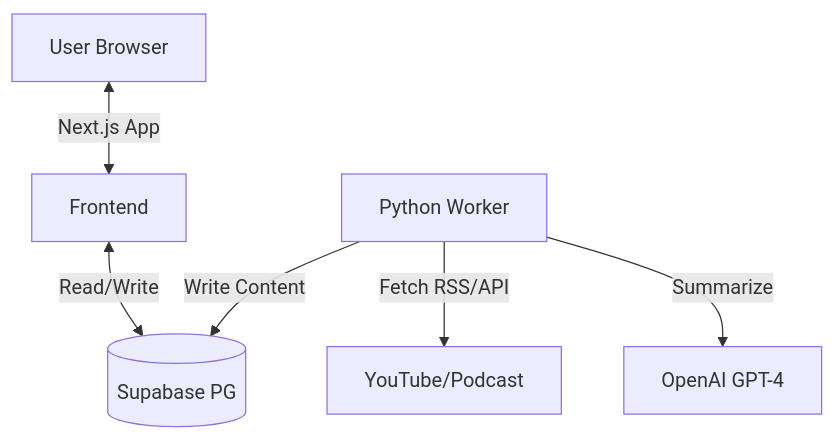
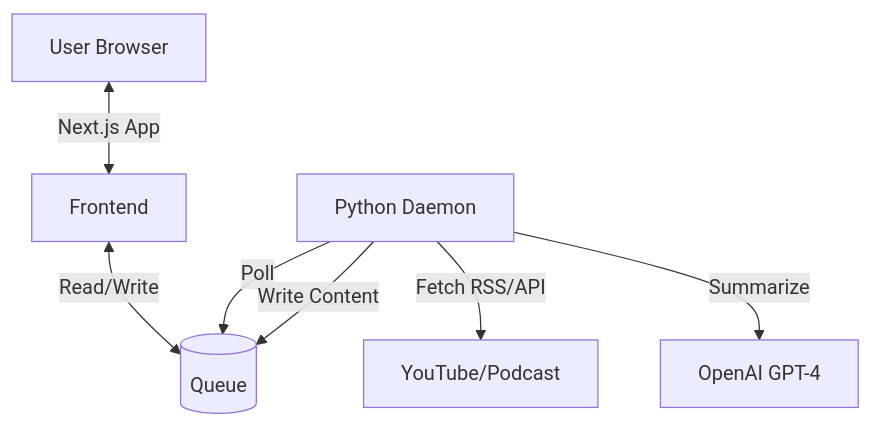
The diagram in ARCHITECTURE.md (tomdhyang-byte/youtube-rss-generator), drawn with Mermaid before and after one commit. The commit also changed other lines of this file and 7 other files, not shown here.

Commit message:
feat: implement queue-based worker daemon for background processing and update related APIs, schema, and documentation.

````diff
--- a/ARCHITECTURE.md
+++ b/ARCHITECTURE.md
@@ -19,9 +19,10 @@
 ```mermaid
 graph TD
     User[User Browser] <-->|Next.js App| Frontend
     Frontend <-->|Read/Write| DB[(Supabase PG)]
     
-    Worker[Python Worker] -->|Fetch RSS/API| YouTube[YouTube/Podcast]
+    Worker[Python Daemon] -->|Poll| DB[(Queue)]
+    Worker -->|Fetch RSS/API| YouTube[YouTube/Podcast]
     Worker -->|Summarize| OpenAI[OpenAI GPT-4]
     Worker -->|Write Content| DB
 ```
````
